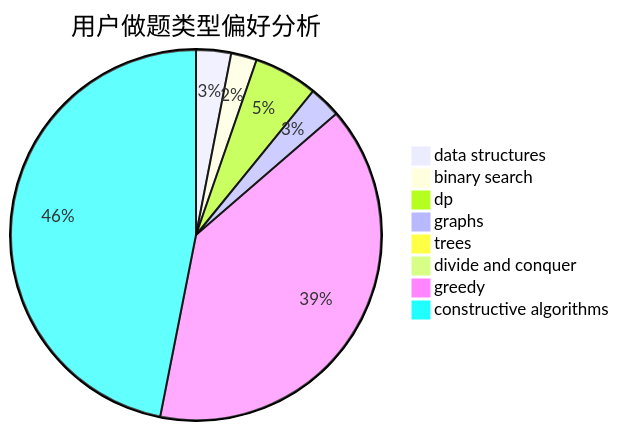
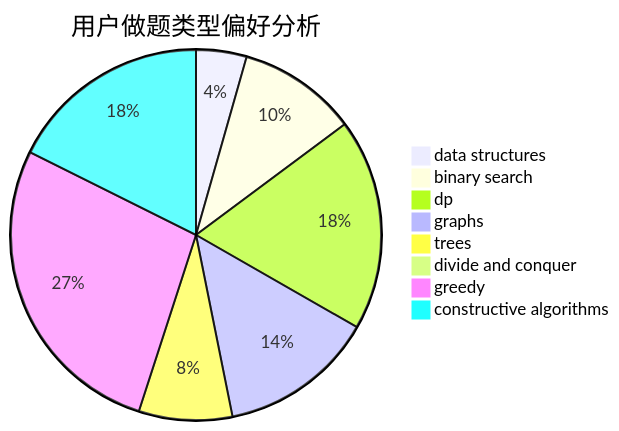
Before and after one commit to sherpahu/cfrs.github.io: the second of 3 diagrams in docs/user/u2026.md, drawn with Mermaid. The commit also changed other lines of this file and 2770 other files, not shown here.

````diff
--- a/docs/user/u2026.md
+++ b/docs/user/u2026.md
@@ -23,11 +23,11 @@
 ```mermaid
 pie title 用户做题类型偏好分析
-    "data structures" :  34
-    "binary search" :  25
-    "dp" :  62
-    "graphs" :  31
-    "trees" :  6
-    "divide and conquer" :  9
-    "greedy" :  439
-    "constructive algorithms" :  522
+    "data structures" :  53
+    "binary search" :  125
+    "dp" :  222
+    "graphs" :  163
+    "trees" :  98
+    "divide and conquer" :  0
+    "greedy" :  329
+    "constructive algorithms" :  212
 ```
````
